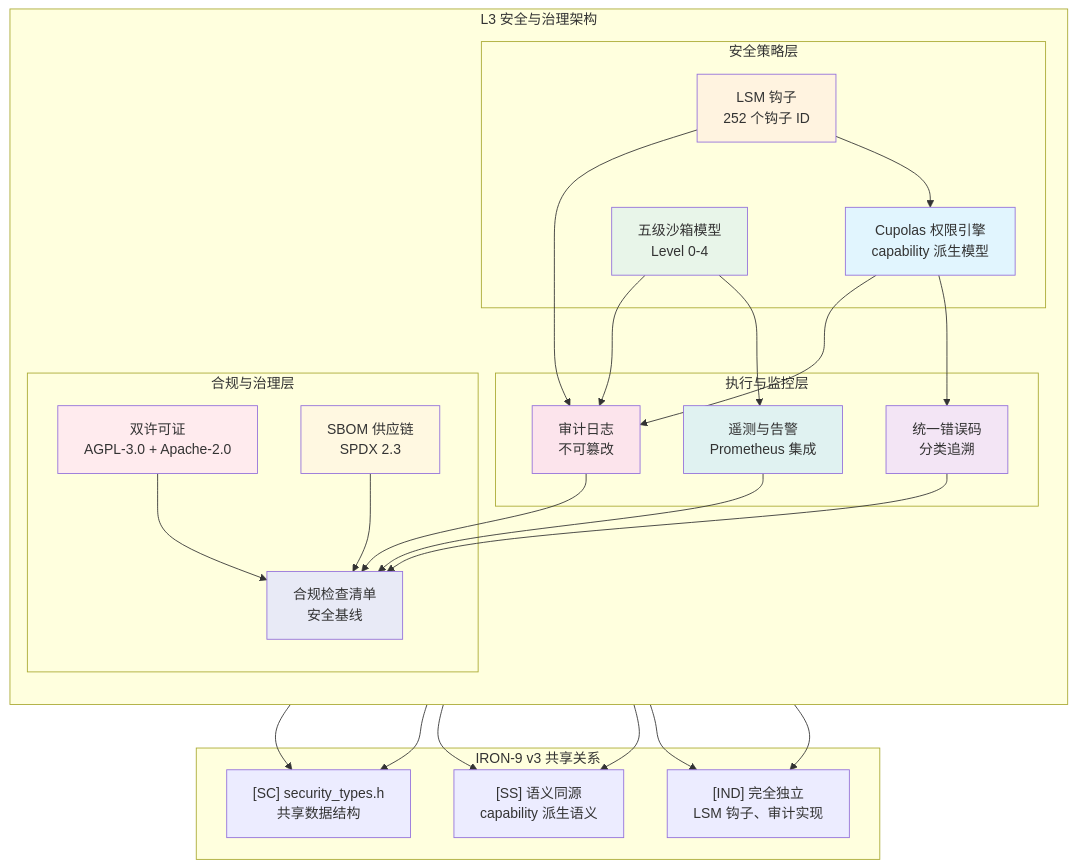
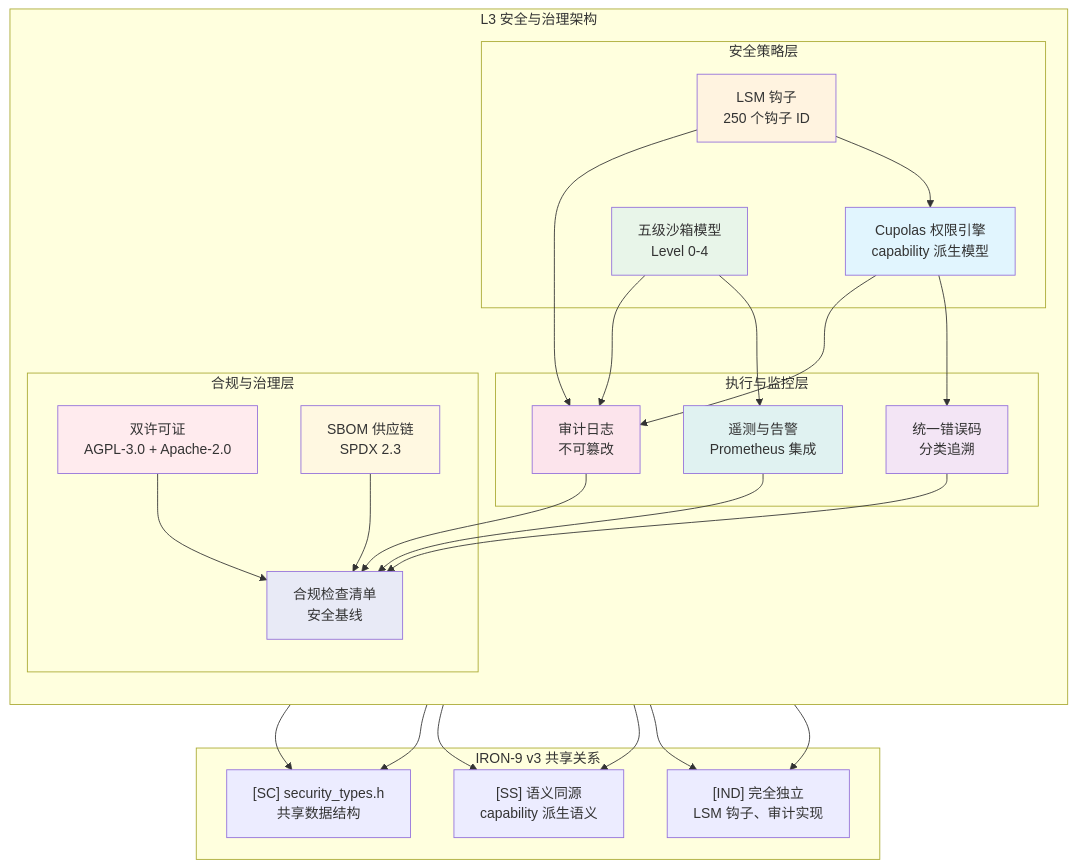
One commit to openairymax/docs changed the fifth of 6 diagrams in AirymaxOS/50-engineering-standards/30-runtime-interfaces/runtime_interfaces.md. Above: the diagram before and after it, drawn with Mermaid. The commit also changed other lines of this file and 184 other files, not shown here.

````diff
--- a/AirymaxOS/50-engineering-standards/30-runtime-interfaces/runtime_interfaces.md
+++ b/AirymaxOS/50-engineering-standards/30-runtime-interfaces/runtime_interfaces.md
@@ -1954,60 +1956,60 @@
 ```mermaid
 graph TB
     subgraph "L3 安全与治理架构"
         direction TB
 
         subgraph "安全策略层"
             CUPOLAS["Cupolas 权限引擎<br/>capability 派生模型"]
             SANDBOX["五级沙箱模型<br/>Level 0-4"]
-            LSM["LSM 钩子<br/>252 个钩子 ID"]
+            LSM["LSM 钩子<br/>250 个钩子 ID"]
         end
 
         subgraph "执行与监控层"
             AUDIT["审计日志<br/>不可篡改"]
             ERROR["统一错误码<br/>分类追溯"]
             TELEMETRY["遥测与告警<br/>Prometheus 集成"]
         end
 
         subgraph "合规与治理层"
             LICENSE["双许可证<br/>AGPL-3.0 + Apache-2.0"]
             SBOM["SBOM 供应链<br/>SPDX 2.3"]
             COMPLIANCE["合规检查清单<br/>安全基线"]
         end
 
         CUPOLAS --> AUDIT
         CUPOLAS --> ERROR
         SANDBOX --> AUDIT
         SANDBOX --> TELEMETRY
         LSM --> AUDIT
         LSM --> CUPOLAS
 
         AUDIT --> COMPLIANCE
         ERROR --> COMPLIANCE
         TELEMETRY --> COMPLIANCE
         LICENSE --> COMPLIANCE
         SBOM --> COMPLIANCE
     end
 
     subgraph "IRON-9 v3 共享关系"
         SC["[SC] security_types.h<br/>共享数据结构"]
         SS["[SS] 语义同源<br/>capability 派生语义"]
         IND["[IND] 完全独立<br/>LSM 钩子、审计实现"]
     end
 
     CUPOLAS --> SC
     CUPOLAS --> SS
     SANDBOX --> SC
     SANDBOX --> SS
     LSM --> IND
     AUDIT --> IND
 
     style CUPOLAS fill:#e1f5fe
     style SANDBOX fill:#e8f5e9
     style LSM fill:#fff3e0
     style AUDIT fill:#fce4ec
     style ERROR fill:#f3e5f5
     style TELEMETRY fill:#e0f2f1
     style LICENSE fill:#ffebee
     style SBOM fill:#fff8e1
     style COMPLIANCE fill:#e8eaf6
 ```
````
